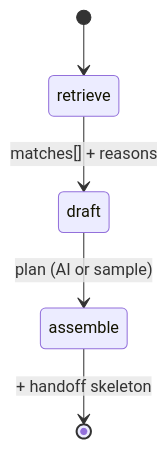
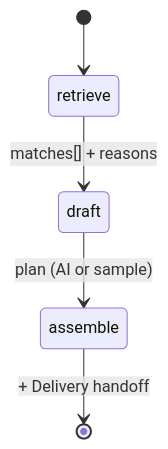
The third of 3 diagrams in README.md (anupsahoo/revenueos), drawn with Mermaid before and after one commit. The commit also changed other lines of this file and 19 other files, not shown here.

First line of the commit message:
Generate the Delivery handoff instead of a skeleton (closes #13)

````diff
--- a/README.md
+++ b/README.md
@@ -149,7 +149,7 @@
 ```mermaid
 stateDiagram-v2
   [*] --> retrieve
   retrieve --> draft: matches[] + reasons
   draft --> assemble: plan (AI or sample)
-  assemble --> [*]: + handoff skeleton
+  assemble --> [*]: + Delivery handoff
 ```
````
